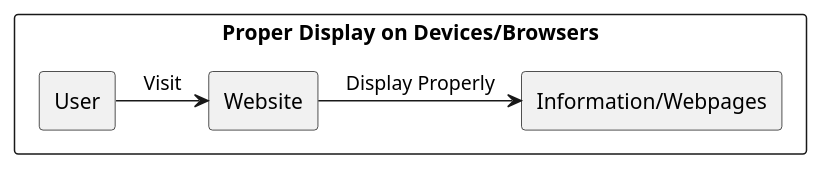
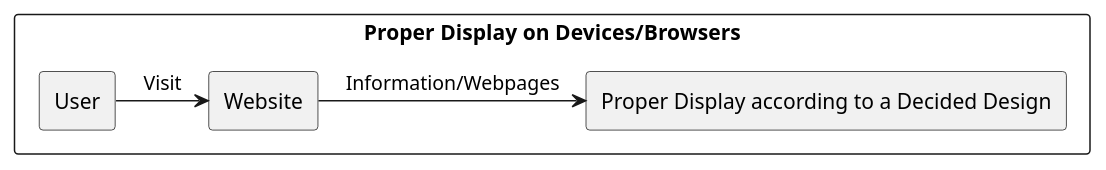
One commit to USI-MSDE-SA-2022/software-architecture-model-tommi27 changed the fourth of 12 diagrams in src/sa/model/index.md. Above: the diagram before and after it, drawn with PlantUML. The commit also changed other lines of this file and 6 other files, not shown here.

````diff
--- a/src/sa/model/index.md
+++ b/src/sa/model/index.md
@@ -340,20 +340,20 @@
 ```puml
 @startuml
 
 skinparam componentStyle rectangle
 skinparam monochrome true
 skinparam shadowing false
 
 rectangle "Proper Display on Devices/Browsers" {
 
 rectangle "User" as Source
-rectangle "Information/Webpages" as Measure
+rectangle "Proper Display according to a Decided Design" as Measure
 
 Source -> [Website] : "Visit"
 
-[Website] -> [Measure] : "Display Properly"
+[Website] -> [Measure] : "Information/Webpages"
 
 }
 
 @enduml
 ```
````
